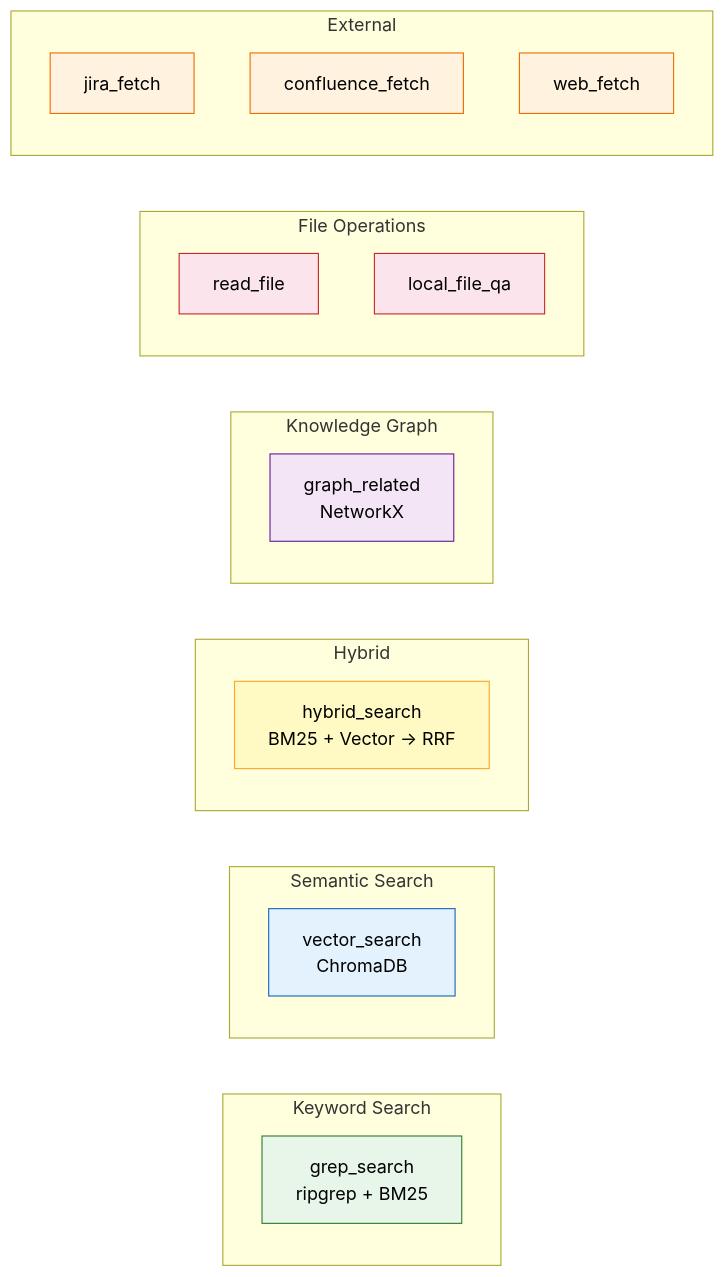
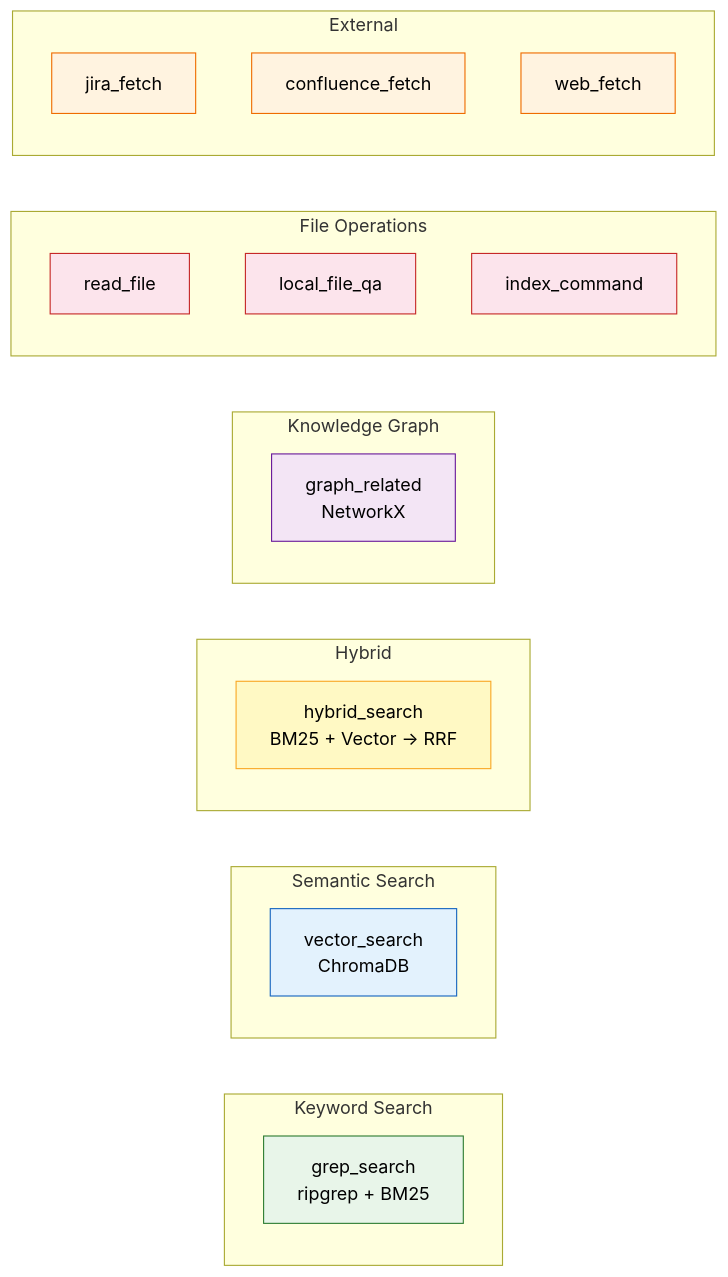
Before and after one commit to coin1860/kb-agent: the second of 4 diagrams in docs/agentic-rag-architecture.md, drawn with Mermaid. The commit also changed other lines of this file, not shown here.

Commit message:
docs: update agentic RAG architecture diagram with index_command tool

````diff
--- a/docs/agentic-rag-architecture.md
+++ b/docs/agentic-rag-architecture.md
@@ -98,34 +98,36 @@
 ```mermaid
 graph LR
     subgraph "Keyword Search"
         A["grep_search<br/>ripgrep + BM25"]
     end
     subgraph "Semantic Search"
         B["vector_search<br/>ChromaDB"]
     end
     subgraph "Hybrid"
         C["hybrid_search<br/>BM25 + Vector → RRF"]
     end
     subgraph "Knowledge Graph"
         D["graph_related<br/>NetworkX"]
     end
     subgraph "File Operations"
         E["read_file"]
         F["local_file_qa"]
+        J["index_command"]
     end
     subgraph "External"
         G["jira_fetch"]
         H["confluence_fetch"]
         I["web_fetch"]
     end
 
     style A fill:#e8f5e9,stroke:#2e7d32,color:#000
     style B fill:#e3f2fd,stroke:#1565c0,color:#000
     style C fill:#fff9c4,stroke:#f9a825,color:#000
     style D fill:#f3e5f5,stroke:#6a1b9a,color:#000
     style E fill:#fce4ec,stroke:#c62828,color:#000
     style F fill:#fce4ec,stroke:#c62828,color:#000
     style G fill:#fff3e0,stroke:#ef6c00,color:#000
     style H fill:#fff3e0,stroke:#ef6c00,color:#000
     style I fill:#fff3e0,stroke:#ef6c00,color:#000
+    style J fill:#fce4ec,stroke:#c62828,color:#000
 ```
````
